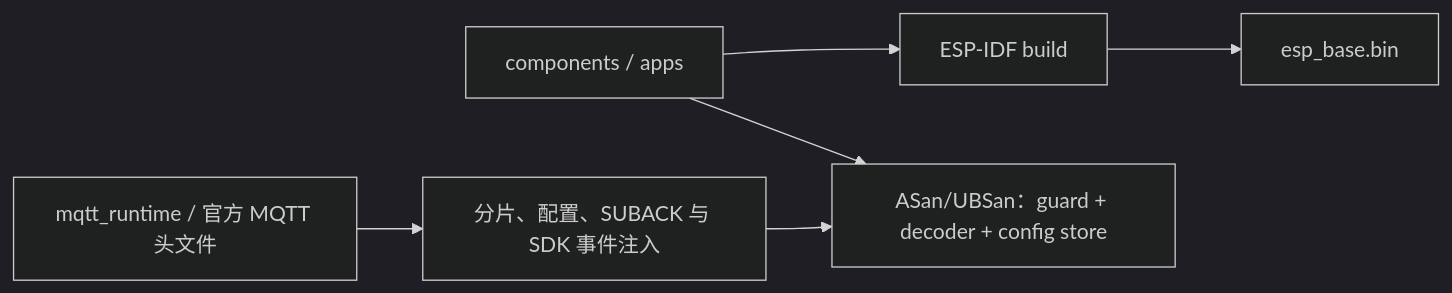
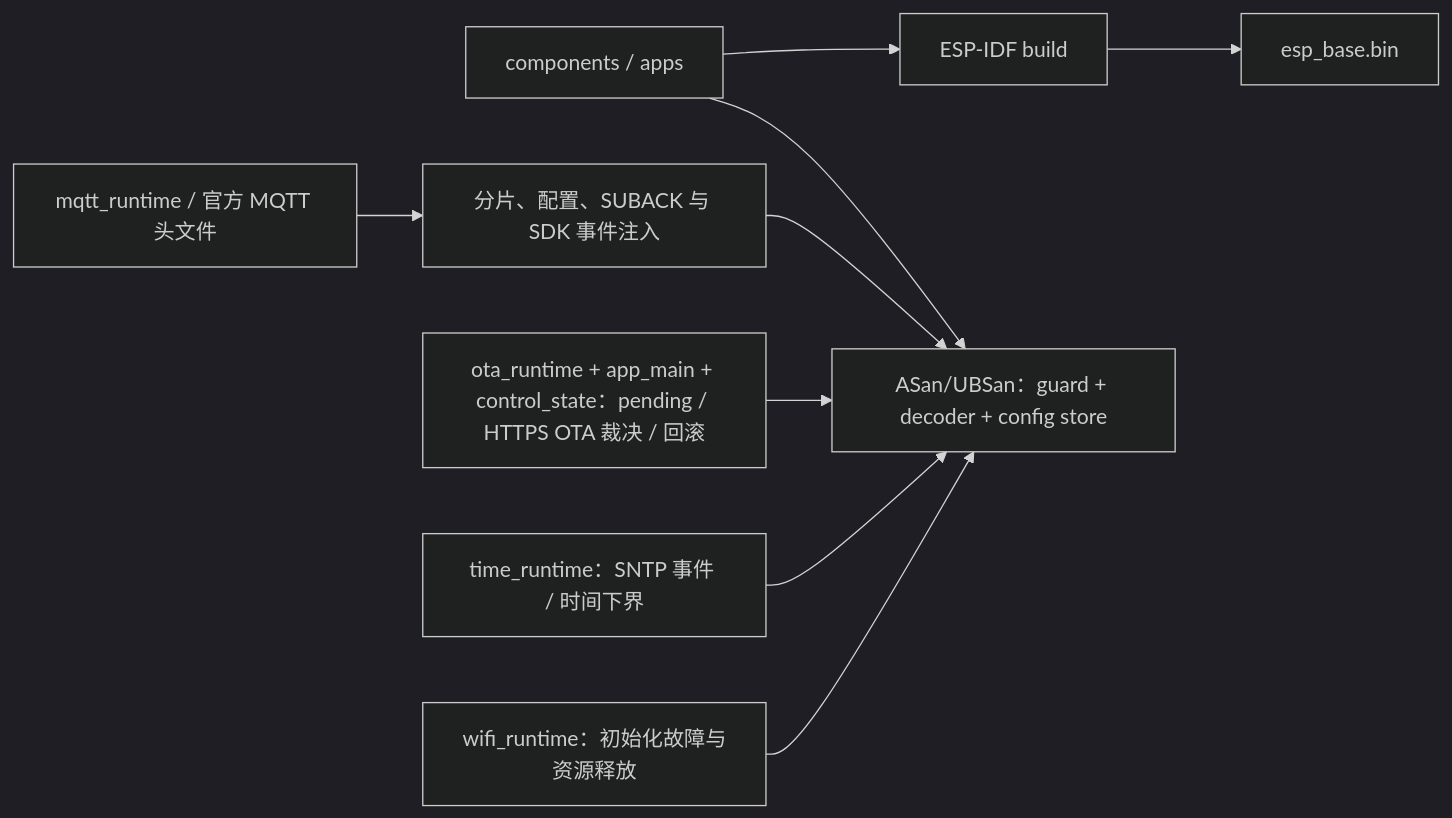
One commit to darren-you/esp-base changed the diagram in firmware/tests/README.md. Above: the diagram before and after it, drawn with Mermaid (dark theme). The commit also changed other lines of this file and 64 other files, not shown here.

First line of the commit message:
为 OTA pending 新槽加入本地自检与三十秒稳定确认门，并补齐 host 故障回归和固件说明

````diff
--- a/firmware/tests/README.md
+++ b/firmware/tests/README.md
@@ -7,8 +15,11 @@
 ```mermaid
 flowchart LR
     sources["components / apps"] --> idf["ESP-IDF build"]
     sources --> host["ASan/UBSan：guard + decoder + config store"]
     mqtt["mqtt_runtime / 官方 MQTT 头文件"] --> boundary["分片、配置、SUBACK 与 SDK 事件注入"]
     boundary --> host
+    ota["ota_runtime + app_main + control_state：pending / HTTPS OTA 裁决 / 回滚"] --> host
+    time["time_runtime：SNTP 事件 / 时间下界"] --> host
+    wifi["wifi_runtime：初始化故障与资源释放"] --> host
     idf --> image["esp_base.bin"]
 ```
````
